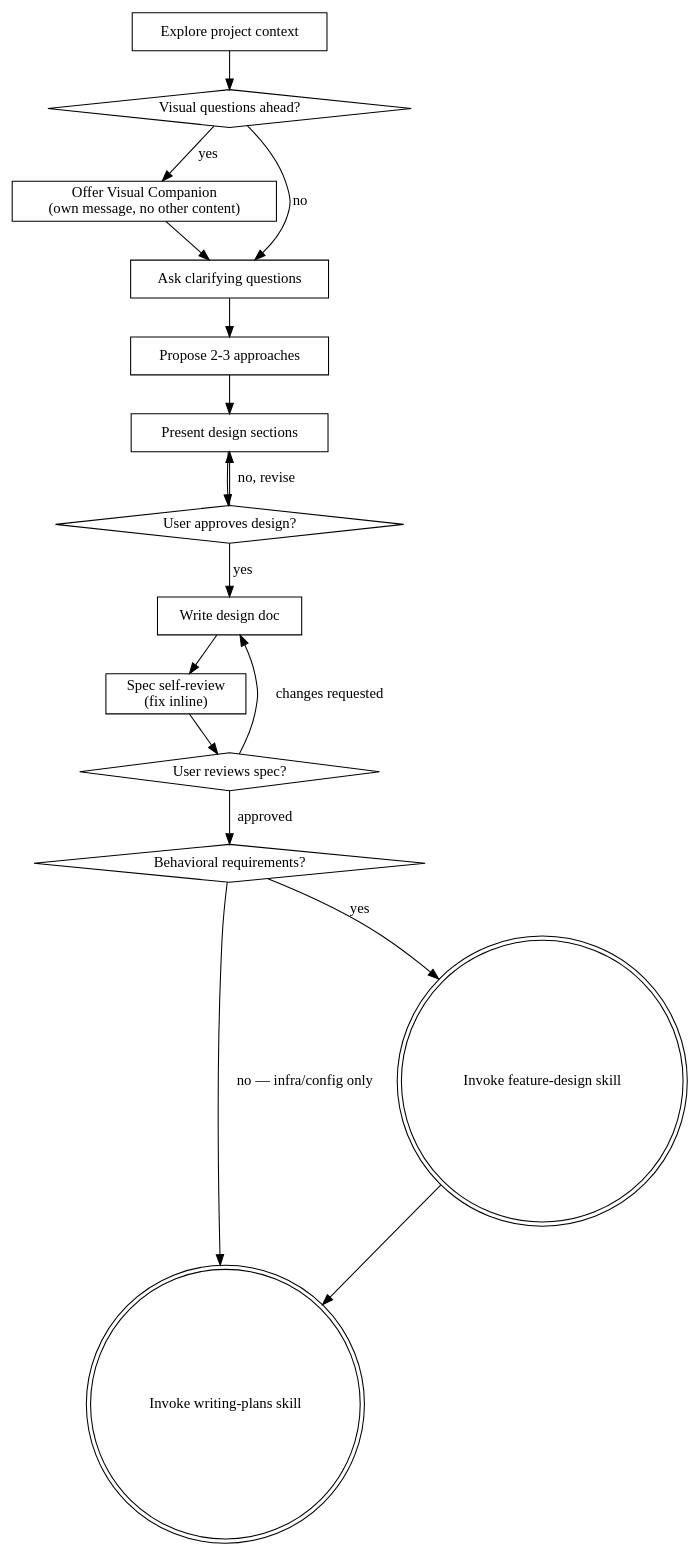
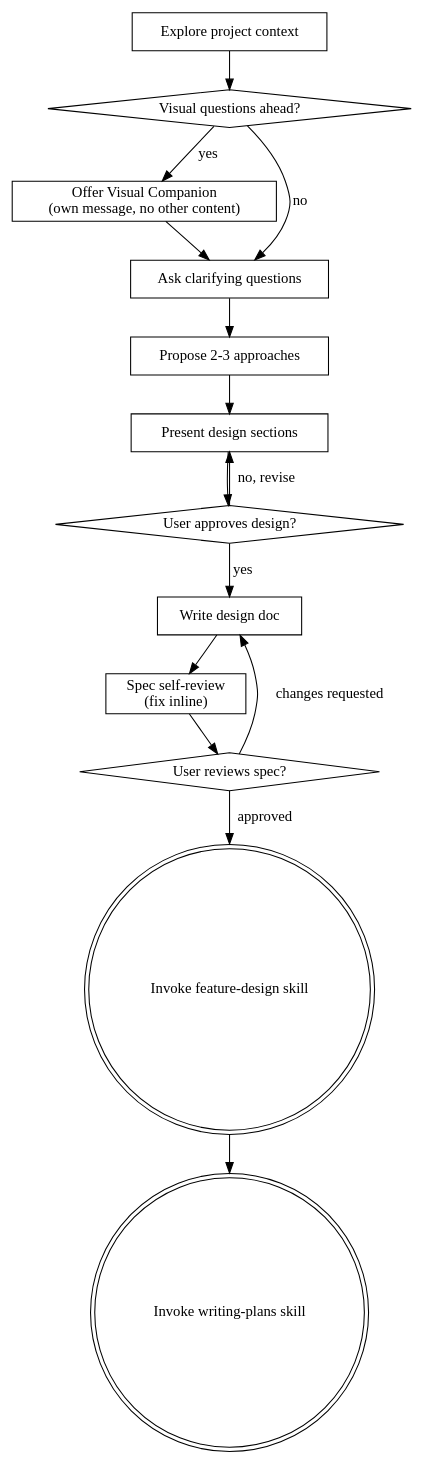
One commit to florian23/superflowers changed the diagram in skills/brainstorming/SKILL.md. Above: the diagram before and after it, drawn with Graphviz. The commit also changed other lines of this file, not shown here.

First line of the commit message:
Make feature-design the default path after brainstorming

````diff
--- a/skills/brainstorming/SKILL.md
+++ b/skills/brainstorming/SKILL.md
@@ -38,35 +49,32 @@
 ```dot
 digraph brainstorming {
     "Explore project context" [shape=box];
     "Visual questions ahead?" [shape=diamond];
     "Offer Visual Companion\n(own message, no other content)" [shape=box];
     "Ask clarifying questions" [shape=box];
     "Propose 2-3 approaches" [shape=box];
     "Present design sections" [shape=box];
     "User approves design?" [shape=diamond];
     "Write design doc" [shape=box];
     "Spec self-review\n(fix inline)" [shape=box];
     "User reviews spec?" [shape=diamond];
     "Invoke writing-plans skill" [shape=doublecircle];
 
     "Explore project context" -> "Visual questions ahead?";
     "Visual questions ahead?" -> "Offer Visual Companion\n(own message, no other content)" [label="yes"];
     "Visual questions ahead?" -> "Ask clarifying questions" [label="no"];
     "Offer Visual Companion\n(own message, no other content)" -> "Ask clarifying questions";
     "Ask clarifying questions" -> "Propose 2-3 approaches";
     "Propose 2-3 approaches" -> "Present design sections";
     "Present design sections" -> "User approves design?";
     "User approves design?" -> "Present design sections" [label="no, revise"];
     "User approves design?" -> "Write design doc" [label="yes"];
     "Write design doc" -> "Spec self-review\n(fix inline)";
     "Spec self-review\n(fix inline)" -> "User reviews spec?";
     "User reviews spec?" -> "Write design doc" [label="changes requested"];
-    "Behavioral requirements?" [shape=diamond];
     "Invoke feature-design skill" [shape=doublecircle];
 
-    "User reviews spec?" -> "Behavioral requirements?" [label="approved"];
-    "Behavioral requirements?" -> "Invoke feature-design skill" [label="yes"];
-    "Behavioral requirements?" -> "Invoke writing-plans skill" [label="no — infra/config only"];
+    "User reviews spec?" -> "Invoke feature-design skill" [label="approved"];
     "Invoke feature-design skill" -> "Invoke writing-plans skill";
 }
 ```
````
